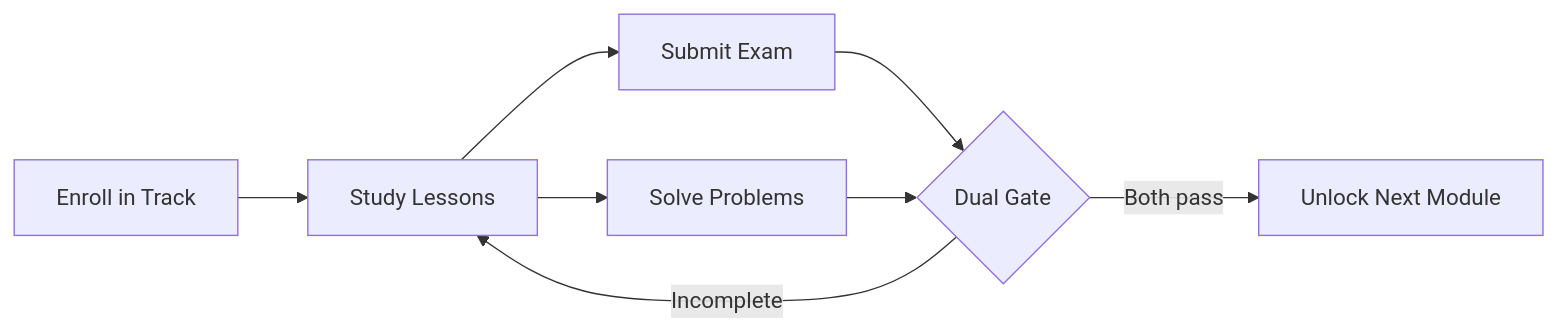
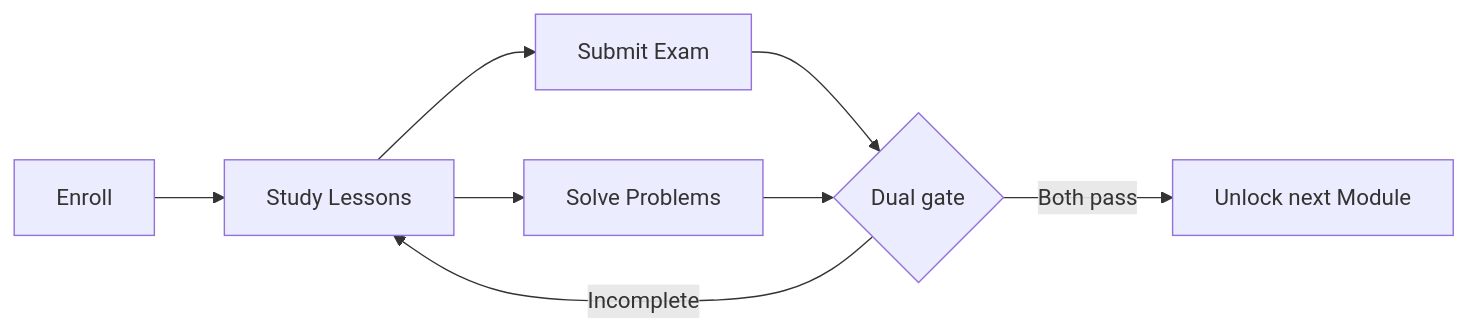
One commit to Tawjjeh/TalebElm changed the diagram in README.md. Above: the diagram before and after it, drawn with Mermaid. The commit also changed other lines of this file and 3 other files, not shown here.

First line of the commit message:
docs: simplify the front door and the claim flow (#596)

````diff
--- a/README.md
+++ b/README.md
@@ -29,10 +28,10 @@
 ```mermaid
 flowchart LR
-    A["Enroll in Track"] --> B["Study Lessons"]
+    A["Enroll"] --> B["Study Lessons"]
     B --> C["Submit Exam"]
     B --> D["Solve Problems"]
-    C --> E{"Dual Gate"}
+    C --> E{"Dual gate"}
     D --> E
-    E -->|"Both pass"| F["Unlock Next Module"]
+    E -->|"Both pass"| F["Unlock next Module"]
     E -->|"Incomplete"| B
 ```
````
